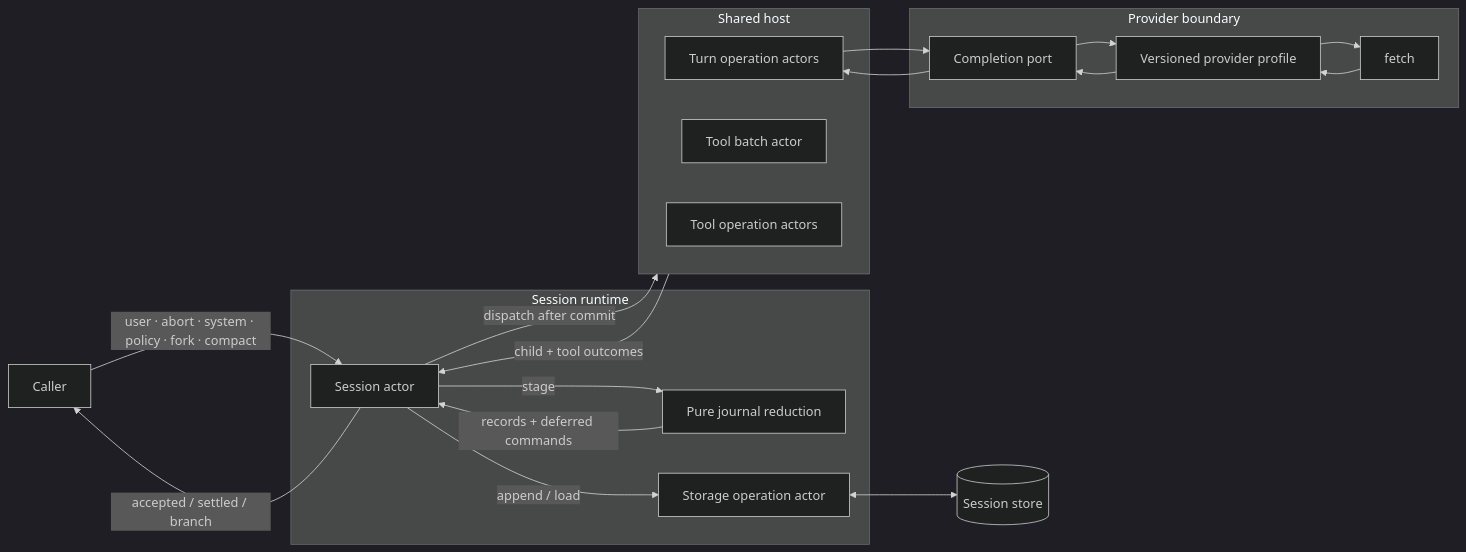
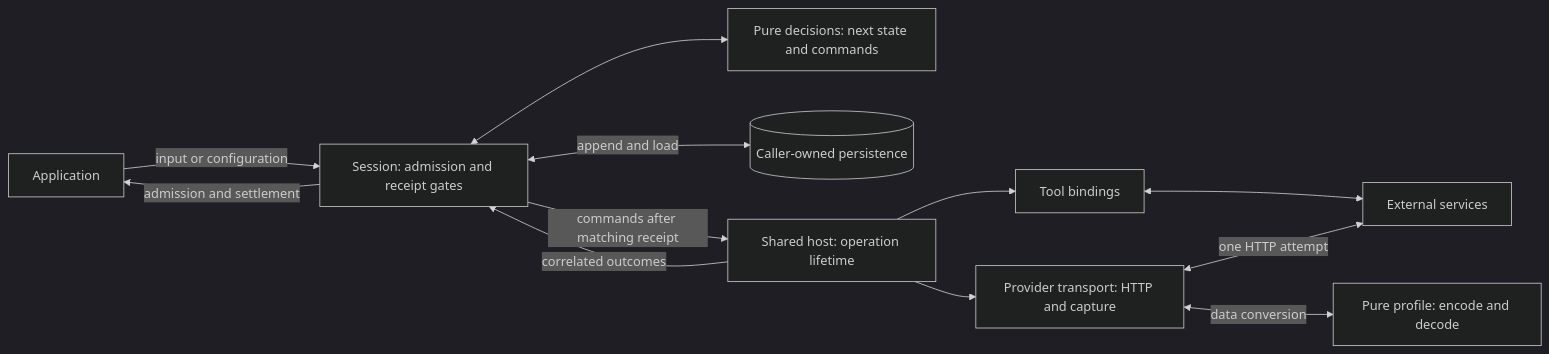
One commit to danbarua/labkit-agent changed the first of 8 diagrams in docs/session-runtime.md. Above: the diagram before and after it, drawn with Mermaid (dark theme). The commit also changed other lines of this file and 70 other files, not shown here.

````diff
--- a/docs/session-runtime.md
+++ b/docs/session-runtime.md
@@ -8,39 +13,23 @@
 ```mermaid
 flowchart LR
-  caller[Caller]
-
-  subgraph session[Session runtime]
-    mailbox[Session actor]
-    journal[Pure journal reduction]
-    storage_op[Storage operation actor]
-  end
-
-  store[(Session store)]
-
-  subgraph host[Shared host]
-    turn_ops[Turn operation actors]
-    tool_batch[Tool batch actor]
-    tool_ops[Tool operation actors]
-  end
-
-  subgraph provider[Provider boundary]
-    port[Completion port]
-    profile[Versioned provider profile]
-    fetch[fetch]
-  end
-
-  caller -->|user · abort · system · policy · fork · compact| mailbox
-  mailbox -->|stage| journal
-  journal -->|records + deferred commands| mailbox
-  mailbox -->|append / load| storage_op
-  storage_op <--> store
-  mailbox -->|dispatch after commit| host
-  host -->|child + tool outcomes| mailbox
-  turn_ops --> port
-  port --> profile
-  profile --> fetch
-  fetch --> profile
-  profile --> port
-  port --> turn_ops
-  mailbox -->|accepted / settled / branch| caller
+  caller[Application]
+  session[Session: admission and receipt gates]
+  decisions[Pure decisions: next state and commands]
+  store[(Caller-owned persistence)]
+  host[Shared host: operation lifetime]
+  tools[Tool bindings]
+  transport[Provider transport: HTTP and capture]
+  profile[Pure profile: encode and decode]
+  external[External services]
+  caller -->|input or configuration| session
+  session <--> decisions
+  session <-->|append and load| store
+  session -->|commands after matching receipt| host
+  host --> tools
+  host --> transport
+  transport <-->|data conversion| profile
+  tools <--> external
+  transport <-->|one HTTP attempt| external
+  host -->|correlated outcomes| session
+  session -->|admission and settlement| caller
 ```
````
